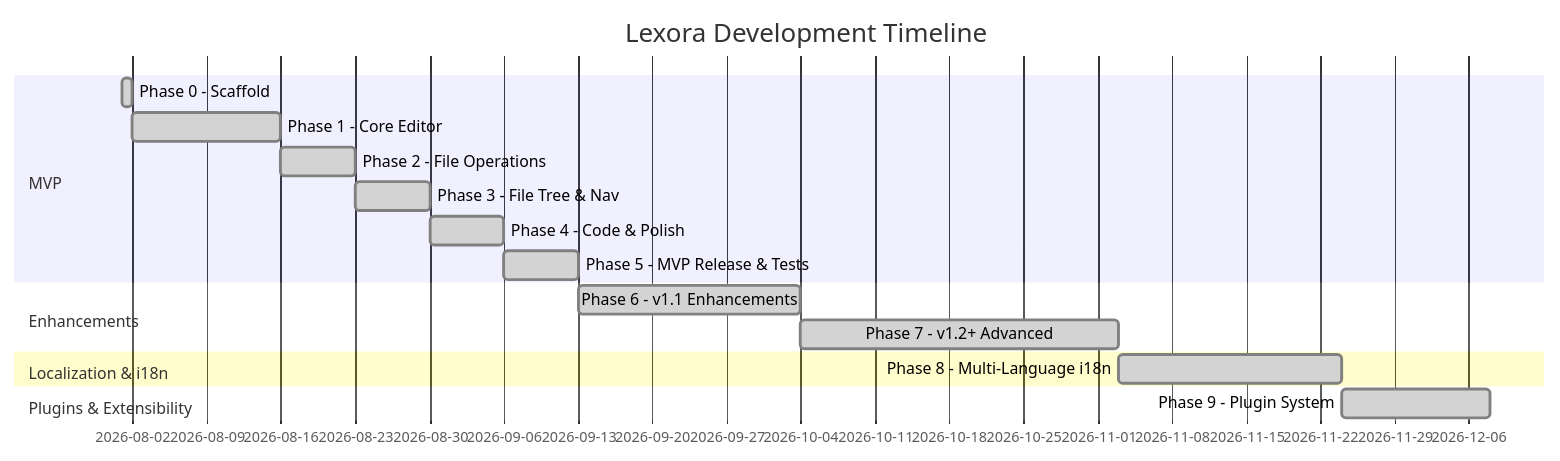
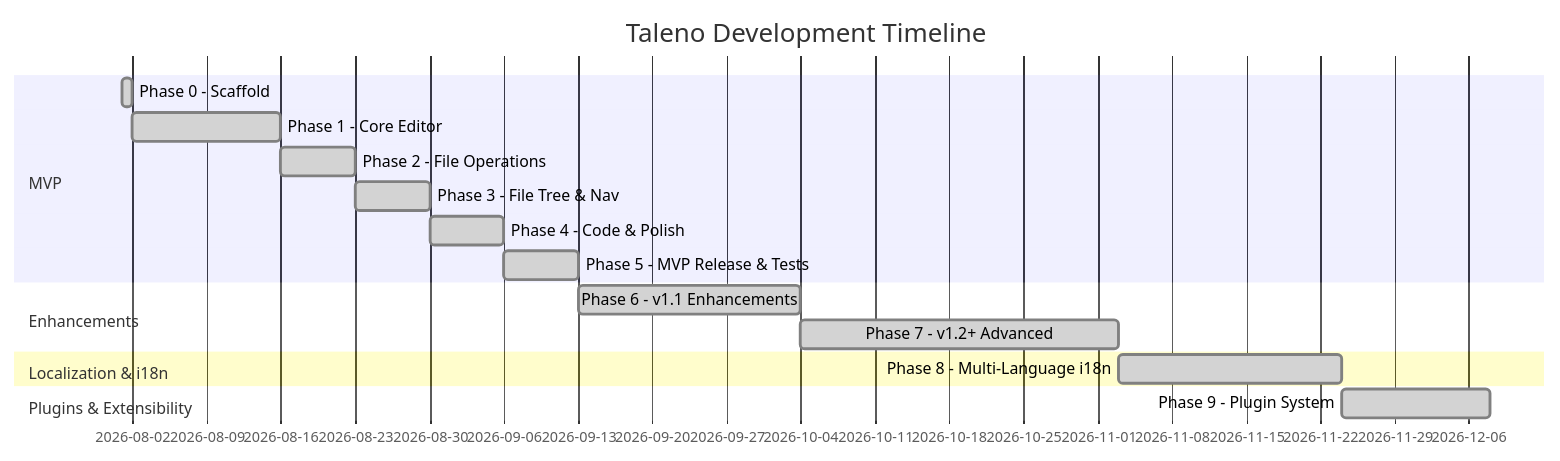
The diagram in docs/ROADMAP.md (BerryUIKI/Lexora), drawn with Mermaid before and after one commit. The commit also changed other lines of this file and 72 other files, not shown here.

Commit message:
chore(rename): rebrand software from Lexora to Taleno

````diff
--- a/docs/ROADMAP.md
+++ b/docs/ROADMAP.md
@@ -9,19 +9,19 @@
 ```mermaid
 gantt
-    title Lexora Development Timeline
+    title Taleno Development Timeline
     dateFormat  YYYY-MM-DD
     section MVP
     Phase 0 - Scaffold             :done, p0, 2026-08-01, 1d
     Phase 1 - Core Editor          :done, p1, after p0, 14d
     Phase 2 - File Operations      :done, p2, after p1, 7d
     Phase 3 - File Tree & Nav      :done, p3, after p2, 7d
     Phase 4 - Code & Polish        :done, p4, after p3, 7d
     Phase 5 - MVP Release & Tests  :done, p5, after p4, 7d
     section Enhancements
     Phase 6 - v1.1 Enhancements    :done, p6, after p5, 21d
     Phase 7 - v1.2+ Advanced       :done, p7, after p6, 30d
     section Localization & i18n
     Phase 8 - Multi-Language i18n  :done, p8, after p7, 21d
     section Plugins & Extensibility
     Phase 9 - Plugin System        :done, p9, after p8, 14d
 ```
````
